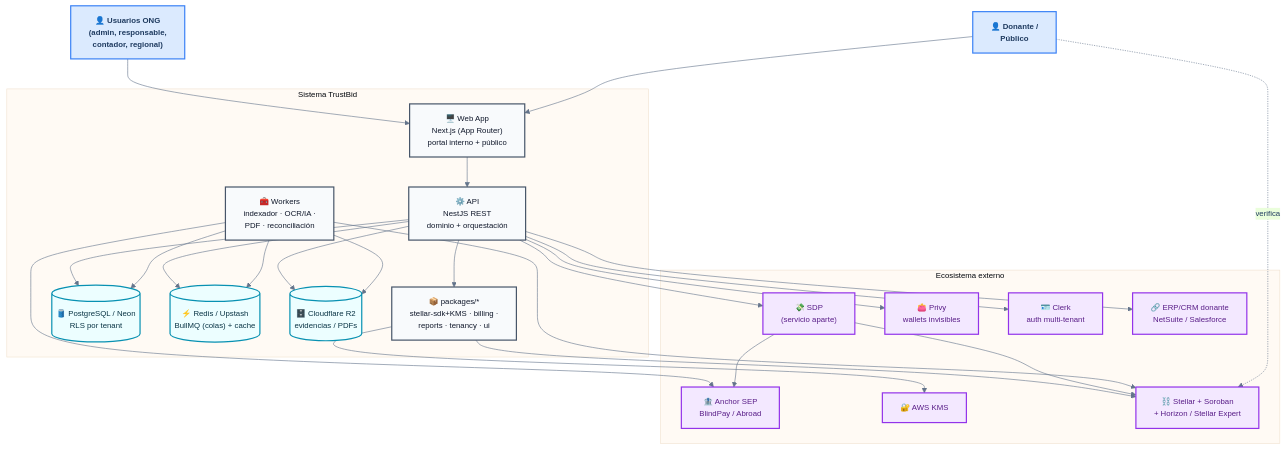
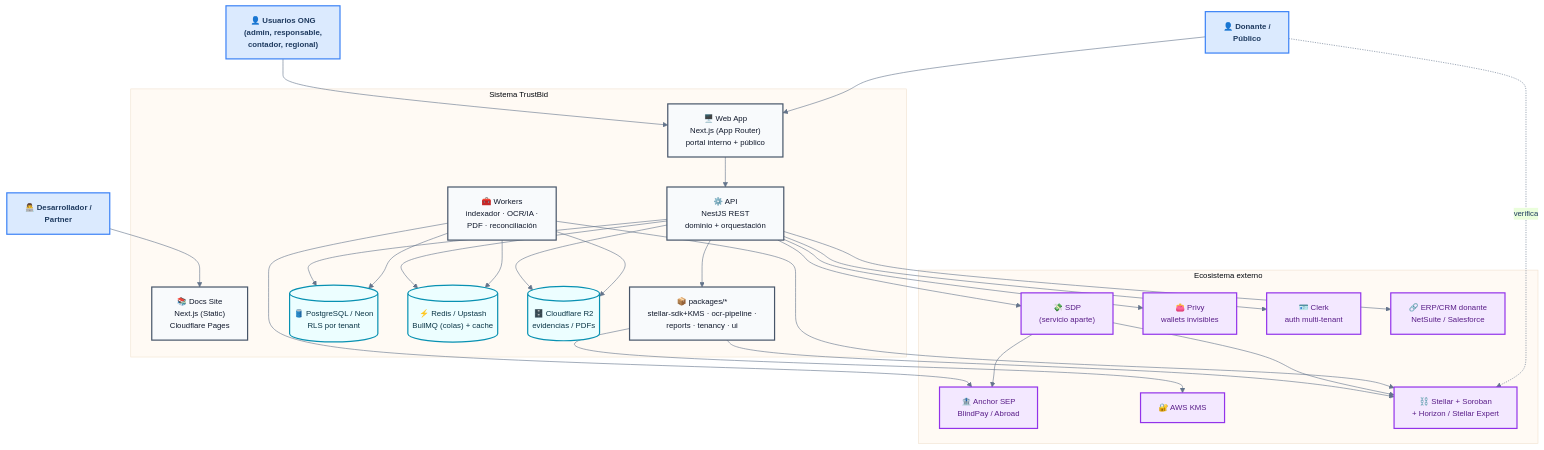
Before and after one commit to TrustBid/docs: the first of 2 diagrams in arquitectura/diagrama-componentes.md, drawn with Mermaid. The commit also changed 2 other files, not shown here.

Commit message:
fix(arquitectura): corregir diagramas de secuencia, componentes y despliegue
Secuencia Flujo 1:
- BUG CRÍTICO: el anclaje on-chain ahora ocurre DESPUÉS de validación del Contador
- Añadir invoice_ocr al flujo (INSERT pending → extracted → validated/rejected)
- Añadir Contador como actor participante
- Modelar rama alt/else: validate → anclar on-chain vs. reject → tx_status=failed

Componentes:
- Reemplazar "billing" (incorrecto para ONG) por "ocr-pipeline"
- Añadir Docs Site (Next.js Static / Cloudflare Pages) como contenedor
- Añadir actor Desarrollador/Partner con acceso a Docs Site

Despliegue:
- Añadir nodo Cloudflare Pages con artefacto Docs Site
- Añadir en tabla de nodos y artefactos

````diff
--- a/arquitectura/diagrama-componentes.md
+++ b/arquitectura/diagrama-componentes.md
@@ -25,53 +25,56 @@
 ```mermaid
 %%{init: {'theme':'base','themeVariables':{'primaryColor':'#dbeafe','primaryTextColor':'#1e3a5f','primaryBorderColor':'#3b82f6','lineColor':'#64748b','fontSize':'13px'}}}%%
 graph TB
     classDef person fill:#dbeafe,stroke:#3b82f6,stroke-width:2px,color:#1e3a5f,font-weight:bold
     classDef container fill:#f8fafc,stroke:#475569,stroke-width:2px,color:#0f172a
     classDef data fill:#ecfeff,stroke:#0891b2,stroke-width:2px,color:#083344
     classDef ext fill:#f3e8ff,stroke:#9333ea,stroke-width:2px,color:#581c87
 
     U1["👤 Usuarios ONG<br/>(admin, responsable,<br/>contador, regional)"]:::person
     U2["👤 Donante /<br/>Público"]:::person
+    U3["👨‍💻 Desarrollador /<br/>Partner"]:::person
 
     subgraph TB_SYS ["Sistema TrustBid"]
         WEB["🖥️ Web App<br/>Next.js (App Router)<br/>portal interno + público"]:::container
+        DOCS["📚 Docs Site<br/>Next.js (Static)<br/>Cloudflare Pages"]:::container
         API["⚙️ API<br/>NestJS REST<br/>dominio + orquestación"]:::container
         WRK["🧰 Workers<br/>indexador · OCR/IA ·<br/>PDF · reconciliación"]:::container
-        PKG["📦 packages/*<br/>stellar-sdk+KMS · billing ·<br/>reports · tenancy · ui"]:::container
+        PKG["📦 packages/*<br/>stellar-sdk+KMS · ocr-pipeline ·<br/>reports · tenancy · ui"]:::container
         PG[("🛢️ PostgreSQL / Neon<br/>RLS por tenant")]:::data
         RDS[("⚡ Redis / Upstash<br/>BullMQ (colas) + cache")]:::data
         R2[("🗄️ Cloudflare R2<br/>evidencias / PDFs")]:::data
     end
 
     subgraph EXT ["Ecosistema externo"]
         SDP["💸 SDP<br/>(servicio aparte)"]:::ext
         PRIVY["👛 Privy<br/>wallets invisibles"]:::ext
         ANCHOR["🏦 Anchor SEP<br/>BlindPay / Abroad"]:::ext
         KMS["🔐 AWS KMS"]:::ext
         STELLAR["⛓️ Stellar + Soroban<br/>+ Horizon / Stellar Expert"]:::ext
         CLERK["🪪 Clerk<br/>auth multi-tenant"]:::ext
         EXTSYS["🔗 ERP/CRM donante<br/>NetSuite / Salesforce"]:::ext
     end
 
     U1 --> WEB
     U2 --> WEB
+    U3 --> DOCS
     WEB --> API
     API --> PKG
     API --> PG
     API --> RDS
     API --> R2
     WRK --> RDS
     WRK --> PG
     WRK --> R2
     API --> CLERK
     API --> PRIVY
     API --> SDP
     API --> EXTSYS
     PKG --> KMS
     PKG --> STELLAR
     SDP --> STELLAR
     WRK --> STELLAR
     WRK --> ANCHOR
     SDP --> ANCHOR
     U2 -.verifica.-> STELLAR
 ```
````
